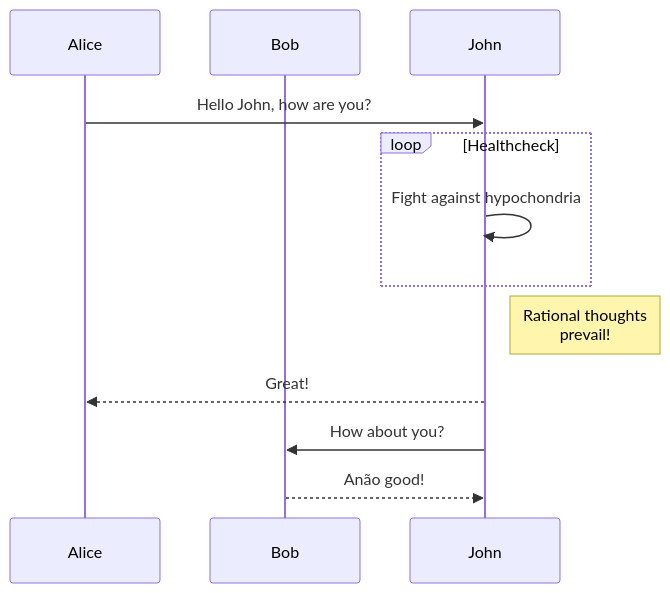
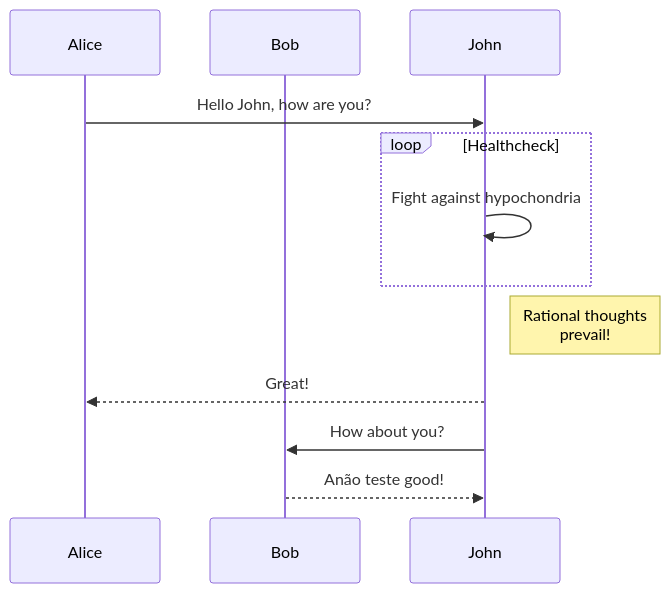
Before and after one commit to SalehKhalilMP/mermaid-test: the diagram in diagrams/some-service/some-service.md, drawn with Mermaid. The commit also changed 1 other file, not shown here.

Commit message:
change some-service

````diff
--- a/diagrams/some-service/some-service.md
+++ b/diagrams/some-service/some-service.md
@@ -1,13 +1,13 @@
 ```mermaid
 sequenceDiagram
     participant Alice
     participant Bob
     Alice->>John: Hello John, how are you?
     loop Healthcheck
         John->>John: Fight against hypochondria
     end
     Note right of John: Rational thoughts <br/>prevail!
     John-->>Alice: Great!
     John->>Bob: How about you?
-    Bob-->>John: Anão good!
+    Bob-->>John: Anão teste good!
 ```
````
